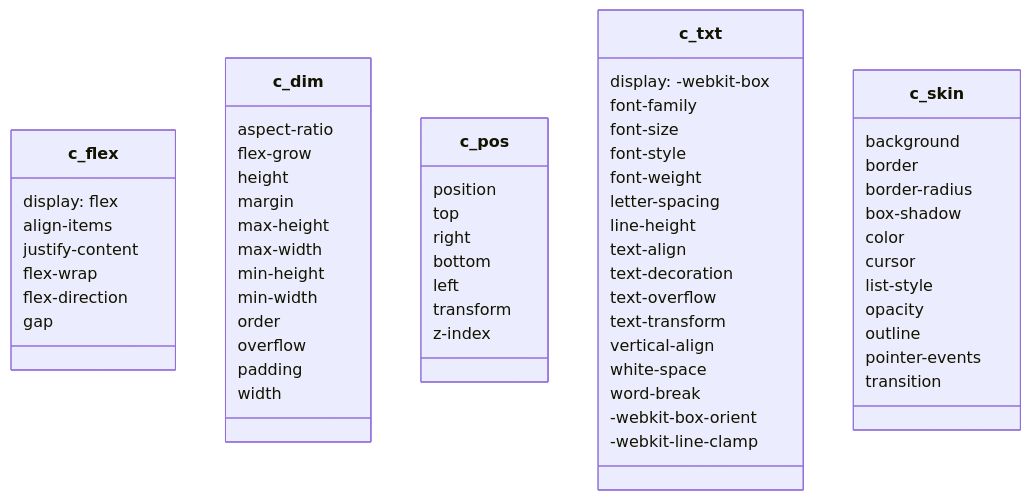
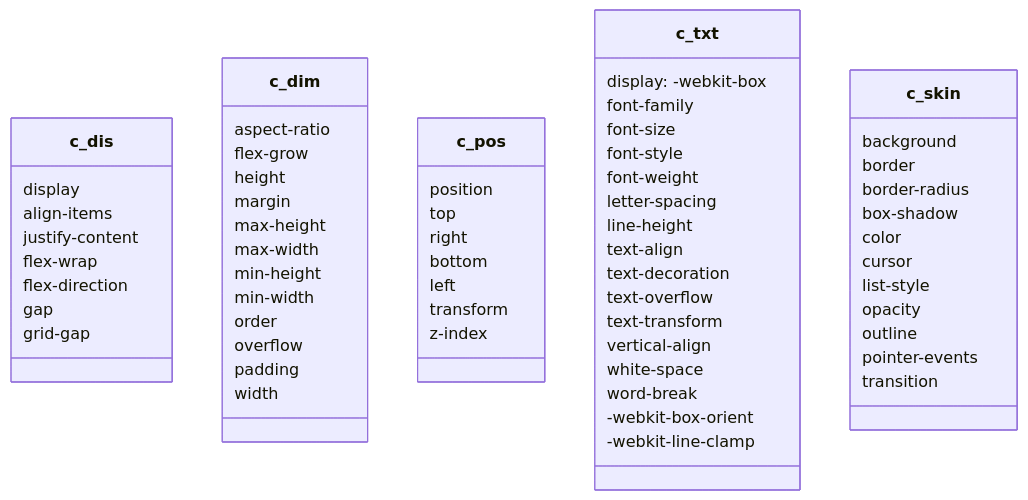
The second of 2 diagrams in README.md (ita-design-system/starter-template), drawn with Mermaid before and after one commit. The commit also changed other lines of this file, not shown here.

````diff
--- a/README.md
+++ b/README.md
@@ -136,65 +136,66 @@
 ```mermaid
 classDiagram
-    class c_flex {
-        display: flex
+    class c_dis {
+        display
         align-items
         justify-content
         flex-wrap
         flex-direction
         gap
+        grid-gap
     }
     class c_dim {
         aspect-ratio
         flex-grow
         height
         margin
         max-height
         max-width
         min-height
         min-width
         order
         overflow
         padding
         width
     }
     class c_pos {
         position
         top
         right
         bottom
         left
         transform
         z-index
     }
     class c_txt {
         display: -webkit-box
         font-family
         font-size
         font-style
         font-weight
         letter-spacing
         line-height
         text-align
         text-decoration
         text-overflow
         text-transform
         vertical-align
         white-space
         word-break
         -webkit-box-orient
         -webkit-line-clamp
     }
     class c_skin {
         background
         border
         border-radius
         box-shadow
         color
         cursor
         list-style
         opacity
         outline
         pointer-events
         transition
     }
  ```
````
